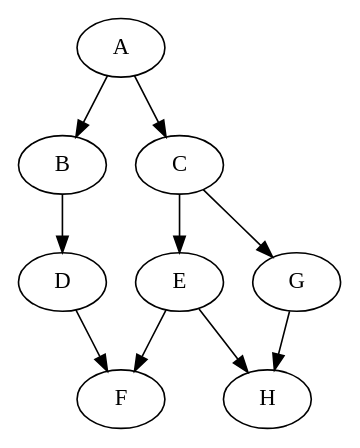
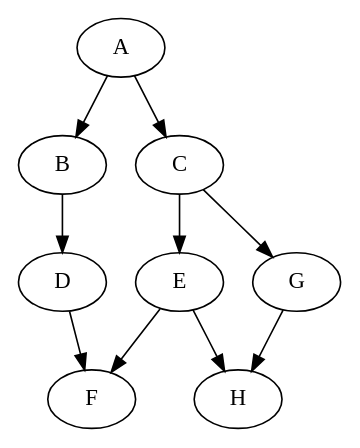
One commit to artiste-qb-net/quantum-fog changed the diagram in examples_cbnets/bnet1.dot. Above: the diagram before and after it, drawn with Graphviz. The commit also changed 8 other files, not shown here.

Commit message:
gave Graph, Dag, BayesNet a __deepcopy__

```diff
--- a/examples_cbnets/bnet1.dot
+++ b/examples_cbnets/bnet1.dot
@@ -1,19 +1,19 @@
-strict digraph G {
-G;
-D;
+strict digraph  {
+E;
+H;
+F;
 A;
 B;
 C;
-H;
-F;
-E;
-G -> H;
-D -> F;
+G;
+D;
+E -> H;
+E -> F;
 A -> B;
 A -> C;
 B -> D;
 C -> G;
 C -> E;
-E -> H;
-E -> F;
+G -> H;
+D -> F;
 }
```
